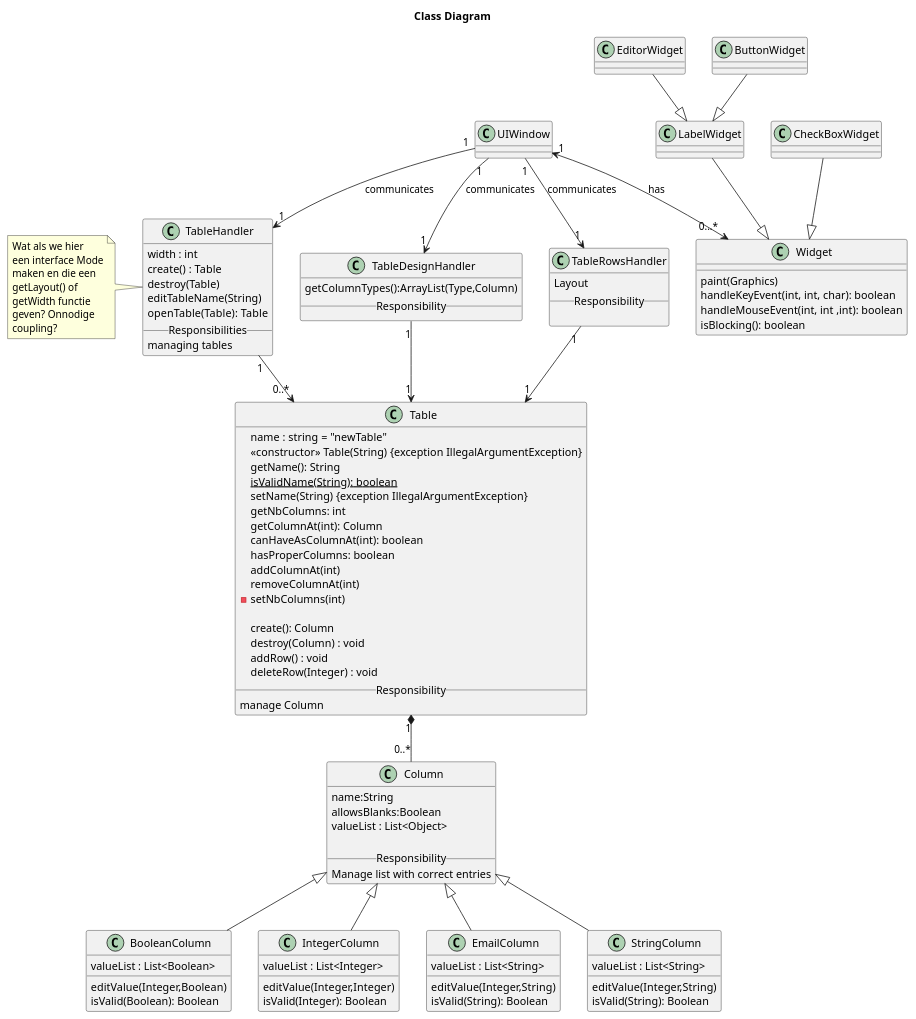
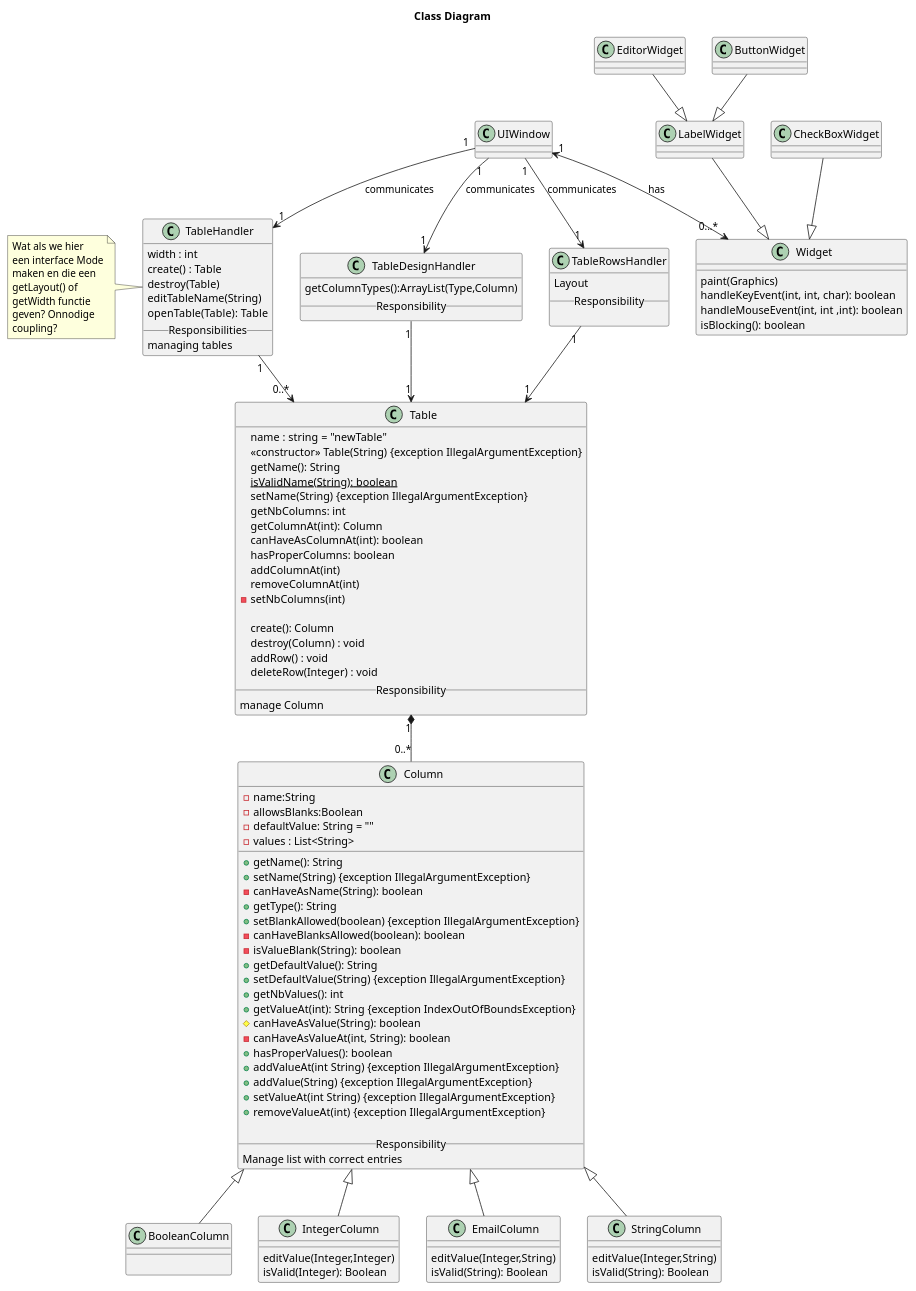
The diagram in diagrams/classDiagrams/classDiagramB.puml (Bhamoss/softwareOntwerpProject), drawn with PlantUML before and after one commit. The commit also changed 6 other files, not shown here.

Commit message:
update classdiagramB

```diff
--- a/diagrams/classDiagrams/classDiagramB.puml
+++ b/diagrams/classDiagrams/classDiagramB.puml
@@ -1,132 +1,148 @@
 @startuml
 title Class Diagram
 
 class Widget{
     paint(Graphics)
     handleKeyEvent(int, int, char): boolean
     handleMouseEvent(int, int ,int): boolean
     isBlocking(): boolean
 }
 UIWindow "1" <--> "0...*" Widget: has
 
 
 
 class LabelWidget{
 }
 LabelWidget --|> Widget
 
 
 class EditorWidget{
 }
 EditorWidget --|> LabelWidget
 
 class CheckBoxWidget{
 }
 CheckBoxWidget --|> Widget
 class ButtonWidget{
 }
 ButtonWidget --|> LabelWidget
 
 
 
 class UIWindow{
 }
 
 UIWindow "1" --> "1" TableHandler:  communicates
 UIWindow "1" --> "1" TableDesignHandler:  communicates
 UIWindow "1" --> "1" TableRowsHandler:  communicates
 
 
 class TableHandler{
     width : int
     create() : Table
     destroy(Table)
     editTableName(String)
     openTable(Table): Table
     __Responsibilities__
     managing tables
 }
 note left
     Wat als we hier
     een interface Mode
     maken en die een
     getLayout() of
     getWidth functie
     geven? Onnodige
     coupling?
 end note
 TableHandler "1" --> "0..*" Table
 TableDesignHandler "1" --> "1" Table
 TableRowsHandler "1" --> "1" Table
 
 
 class TableDesignHandler{
     getColumnTypes():ArrayList(Type,Column)
 __Responsibility__
 }
 
 class TableRowsHandler{
     Layout
 __Responsibility__
 
 }
 
 class Table{
     name : string = "newTable"
     <<constructor>> Table(String) {exception IllegalArgumentException}
     getName(): String
     isValidName(String): boolean {static}
     setName(String) {exception IllegalArgumentException}
     getNbColumns: int
     getColumnAt(int): Column
     canHaveAsColumnAt(int): boolean
     hasProperColumns: boolean
     addColumnAt(int)
     removeColumnAt(int)
     - setNbColumns(int)
 
     create(): Column
     destroy(Column) : void
     addRow() : void
     deleteRow(Integer) : void
 __Responsibility__
 manage Column
 }
 
 Column <|-- BooleanColumn
 Column <|-- IntegerColumn
 Column <|-- EmailColumn
 Column <|-- StringColumn
 
 class Column{
-name:String
-allowsBlanks:Boolean
-valueList : List<Object>
+    -name:String
+    -allowsBlanks:Boolean
+    -defaultValue: String = ""
+    -values : List<String>
+    __
+    +getName(): String
+    +setName(String) {exception IllegalArgumentException}
+    -canHaveAsName(String): boolean
+    +getType(): String
+    +setBlankAllowed(boolean) {exception IllegalArgumentException}
+    -canHaveBlanksAllowed(boolean): boolean
+    -isValueBlank(String): boolean
+    +getDefaultValue(): String
+    +setDefaultValue(String) {exception IllegalArgumentException}
+    +getNbValues(): int
+    +getValueAt(int): String {exception IndexOutOfBoundsException}
+    #canHaveAsValue(String): boolean
+    -canHaveAsValueAt(int, String): boolean
+    +hasProperValues(): boolean
+    +addValueAt(int String) {exception IllegalArgumentException}
+    +addValue(String) {exception IllegalArgumentException}
+    +setValueAt(int String) {exception IllegalArgumentException}
+    +removeValueAt(int) {exception IllegalArgumentException}
 
 __Responsibility__
 Manage list with correct entries
 }
 
 Table "1" *-- "0..*" Column
 
 class BooleanColumn{
-valueList : List<Boolean>
-editValue(Integer,Boolean)
-isValid(Boolean): Boolean
+__
+
 }
 class StringColumn{
-valueList : List<String>
 editValue(Integer,String)
 isValid(String): Boolean
 }
 class EmailColumn{
-valueList : List<String>
 editValue(Integer,String)
 isValid(String): Boolean
 }
 class IntegerColumn{
-valueList : List<Integer>
 editValue(Integer,Integer)
 isValid(Integer): Boolean
 }
 @enduml
```
